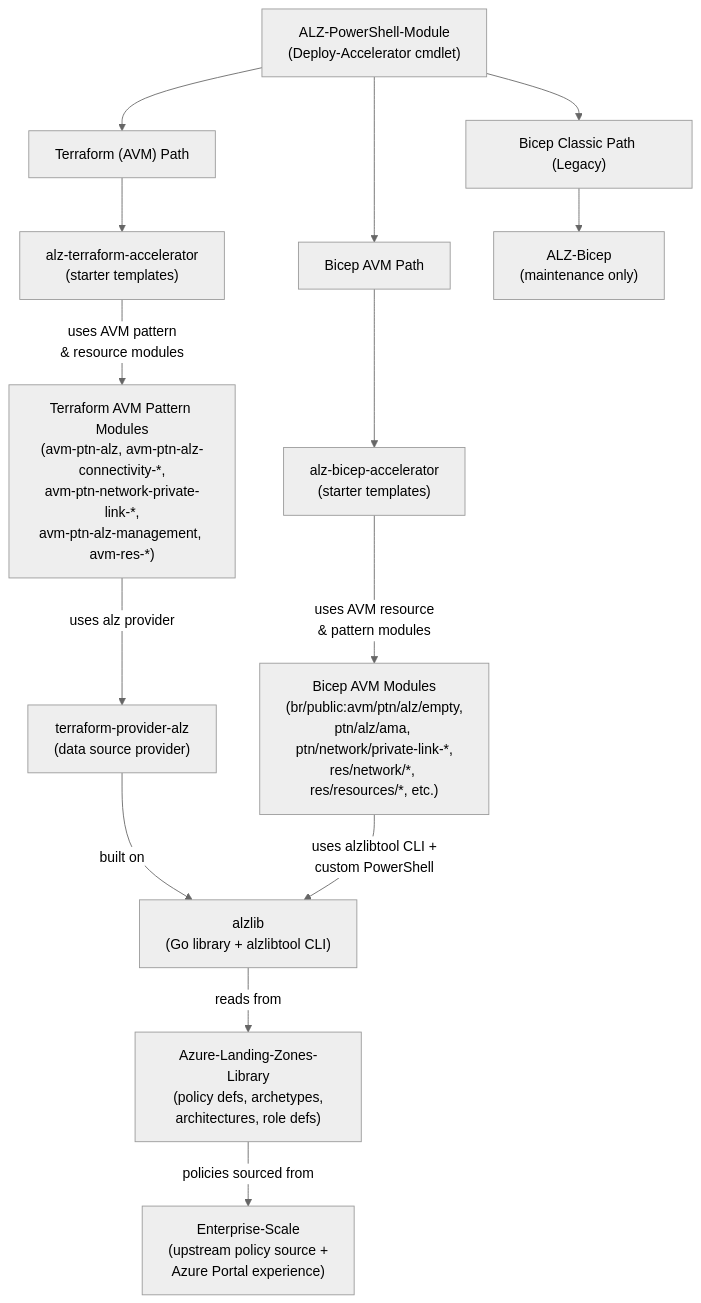
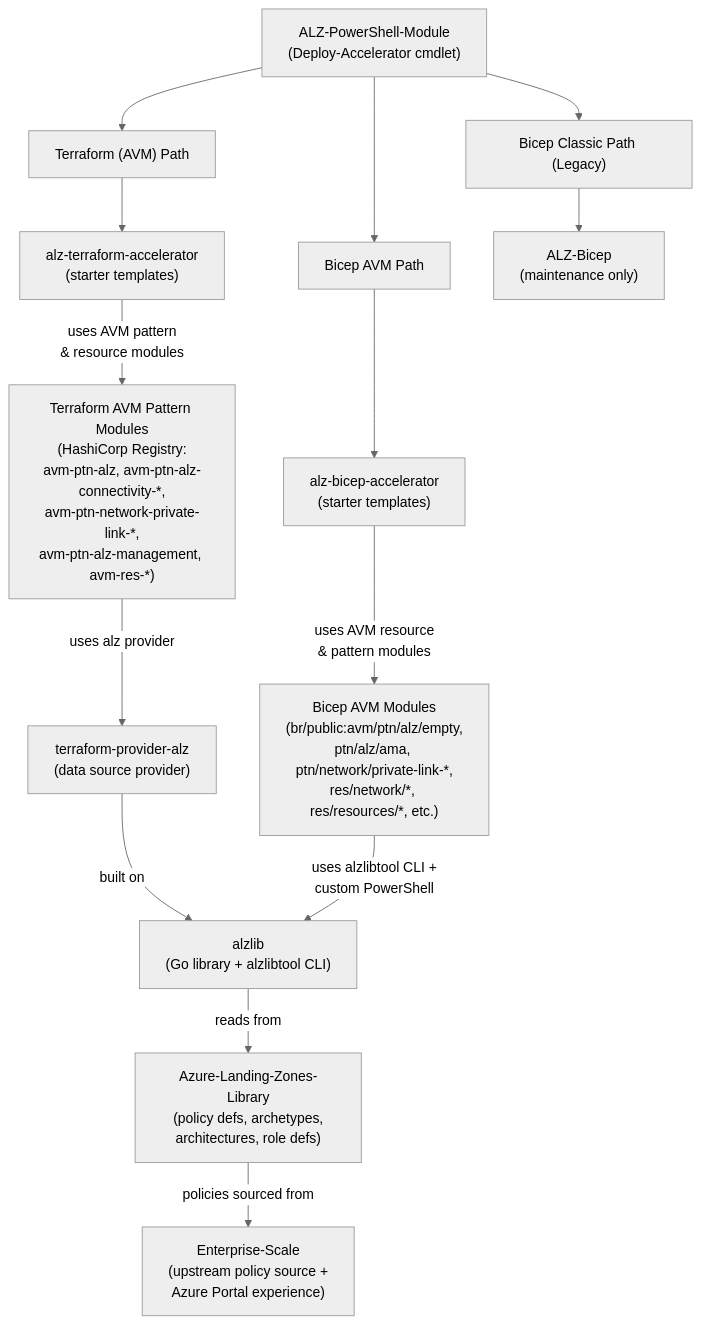
One commit to Azure/Azure-Landing-Zones changed the diagram in .github/copilot-instructions.md. Above: the diagram before and after it, drawn with Mermaid (neutral theme). The commit also changed other lines of this file, not shown here.

````diff
--- a/.github/copilot-instructions.md
+++ b/.github/copilot-instructions.md
@@ -26,22 +26,22 @@
 ```mermaid
 graph TD
     PSModule["ALZ-PowerShell-Module<br/>(Deploy-Accelerator cmdlet)"]
 
     PSModule --> TFPath["Terraform (AVM) Path"]
     PSModule --> BicepPath["Bicep AVM Path"]
     PSModule --> ClassicPath["Bicep Classic Path (Legacy)"]
 
     TFPath --> TFAccel["alz-terraform-accelerator<br/>(starter templates)"]
     BicepPath --> BicepAccel["alz-bicep-accelerator<br/>(starter templates)"]
     ClassicPath --> ALZBicep["ALZ-Bicep<br/>(maintenance only)"]
 
-    TFAccel -- "uses AVM pattern<br/>& resource modules" --> TFModules["Terraform AVM Pattern Modules<br/>(avm-ptn-alz, avm-ptn-alz-connectivity-*,<br/>avm-ptn-network-private-link-*,<br/>avm-ptn-alz-management, avm-res-*)"]
+    TFAccel -- "uses AVM pattern<br/>& resource modules" --> TFModules["Terraform AVM Pattern Modules<br/>(HashiCorp Registry:<br/>avm-ptn-alz, avm-ptn-alz-connectivity-*,<br/>avm-ptn-network-private-link-*,<br/>avm-ptn-alz-management, avm-res-*)"]
     BicepAccel -- "uses AVM resource<br/>& pattern modules" --> BicepModules["Bicep AVM Modules<br/>(br/public:avm/ptn/alz/empty,<br/>ptn/alz/ama, ptn/network/private-link-*,<br/>res/network/*, res/resources/*, etc.)"]
 
     TFModules -- "uses alz provider" --> TFProvider["terraform-provider-alz<br/>(data source provider)"]
     TFProvider -- "built on" --> alzlib["alzlib<br/>(Go library + alzlibtool CLI)"]
     BicepModules -- "uses alzlibtool CLI +<br/>custom PowerShell" --> alzlib
 
     alzlib -- "reads from" --> Library["Azure-Landing-Zones-Library<br/>(policy defs, archetypes,<br/>architectures, role defs)"]
     Library -- "policies sourced from" --> ES["Enterprise-Scale<br/>(upstream policy source +<br/>Azure Portal experience)"]
 ```
````
